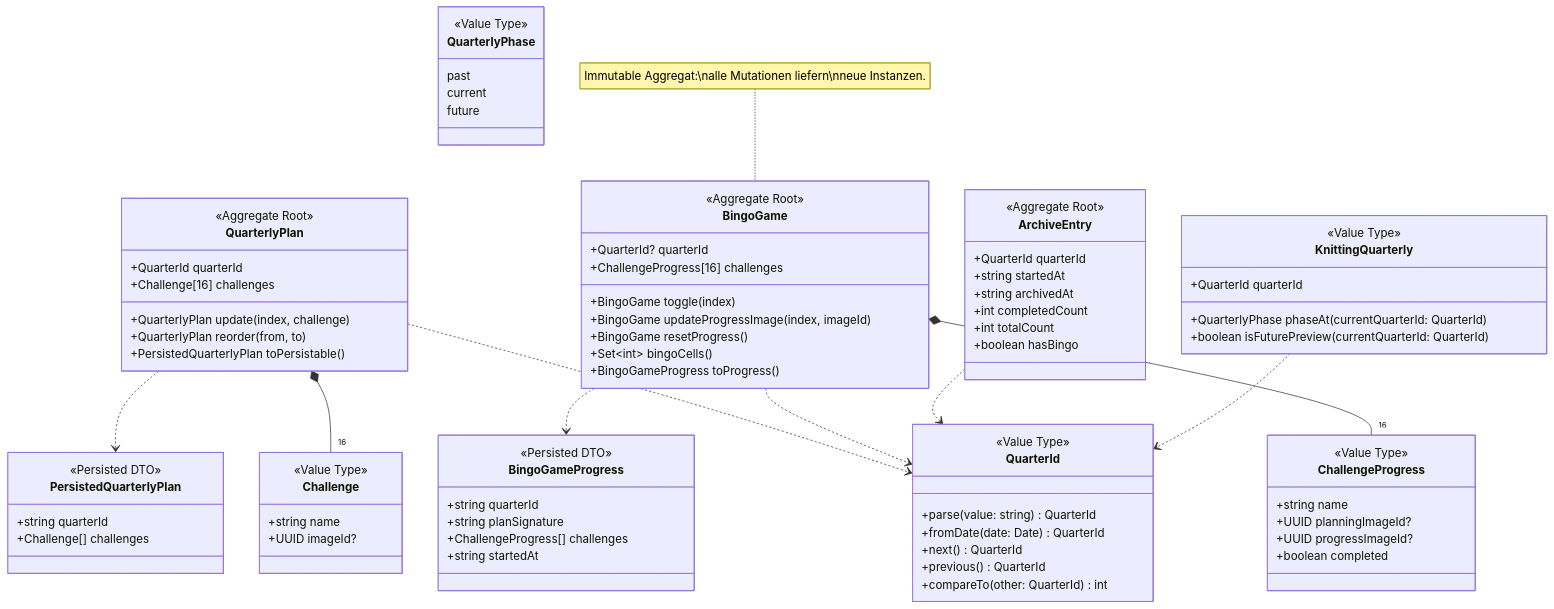
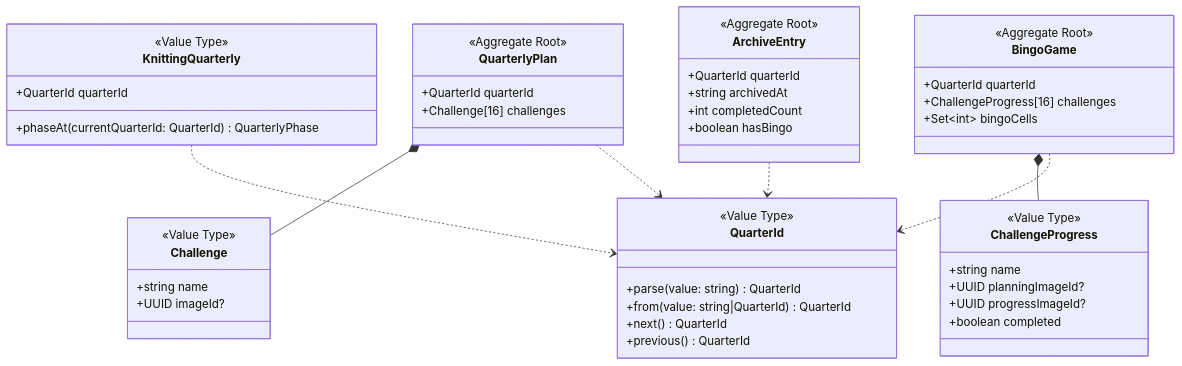
Before and after one commit to flingoflux/knitting-quarterly-bingo: the seventh of 16 diagrams in docs/arc42.md, drawn with Mermaid. The commit also changed other lines of this file, not shown here.

````diff
--- a/docs/arc42.md
+++ b/docs/arc42.md
@@ -106,36 +224,42 @@
   class QuarterId {
     <<Value Type>>
     +parse(value: string) QuarterId
-    +fromDate(date: Date) QuarterId
+    +from(value: string|QuarterId) QuarterId
     +next() QuarterId
     +previous() QuarterId
-    +compareTo(other: QuarterId) int
+  }
+
+  class KnittingQuarterly {
+    <<Value Type>>
+    +QuarterId quarterId
+    +phaseAt(currentQuarterId: QuarterId) QuarterlyPhase
   }
 
   class QuarterlyPlan {
     <<Aggregate Root>>
     +QuarterId quarterId
     +Challenge[16] challenges
-    +QuarterlyPlan update(index, challenge)
-    +QuarterlyPlan reorder(from, to)
-    +PersistedQuarterlyPlan toPersistable()
+  }
+
+  class BingoGame {
+    <<Aggregate Root>>
+    +QuarterId quarterId
+    +ChallengeProgress[16] challenges
+    +Set~int~ bingoCells
+  }
+
+  class ArchiveEntry {
+    <<Aggregate Root>>
+    +QuarterId quarterId
+    +string archivedAt
+    +int completedCount
+    +boolean hasBingo
   }
 
   class Challenge {
     <<Value Type>>
     +string name
     +UUID imageId?
-  }
-
-  class BingoGame {
-    <<Aggregate Root>>
-    +QuarterId? quarterId
-    +ChallengeProgress[16] challenges
-    +BingoGame toggle(index)
-    +BingoGame updateProgressImage(index, imageId)
-    +BingoGame resetProgress()
-    +Set~int~ bingoCells()
-    +BingoGameProgress toProgress()
   }
 
   class ChallengeProgress {
@@ -146,52 +270,10 @@
     +boolean completed
   }
 
-  class ArchiveEntry {
-    <<Aggregate Root>>
-    +QuarterId quarterId
-    +string startedAt
-    +string archivedAt
-    +int completedCount
-    +int totalCount
-    +boolean hasBingo
-  }
-
-  class KnittingQuarterly {
-    <<Value Type>>
-    +QuarterId quarterId
-    +QuarterlyPhase phaseAt(currentQuarterId: QuarterId)
-    +boolean isFuturePreview(currentQuarterId: QuarterId)
-  }
-
-  class BingoGameProgress {
-    <<Persisted DTO>>
-    +string quarterId
-    +string planSignature
-    +ChallengeProgress[] challenges
-    +string startedAt
-  }
-
-  class PersistedQuarterlyPlan {
-    <<Persisted DTO>>
-    +string quarterId
-    +Challenge[] challenges
-  }
-
-  class QuarterlyPhase {
-    <<Value Type>>
-    past
-    current
-    future
-  }
-
-  QuarterlyPlan *-- "16" Challenge
-  BingoGame *-- "16" ChallengeProgress
+  QuarterlyPlan *-- Challenge
+  BingoGame *-- ChallengeProgress
+  KnittingQuarterly ..> QuarterId
   QuarterlyPlan ..> QuarterId
   BingoGame ..> QuarterId
   ArchiveEntry ..> QuarterId
-  KnittingQuarterly ..> QuarterId
-  BingoGame ..> BingoGameProgress
-  QuarterlyPlan ..> PersistedQuarterlyPlan
-
-  note for BingoGame "Immutable Aggregat:\nalle Mutationen liefern\nneue Instanzen."
 ```
````
